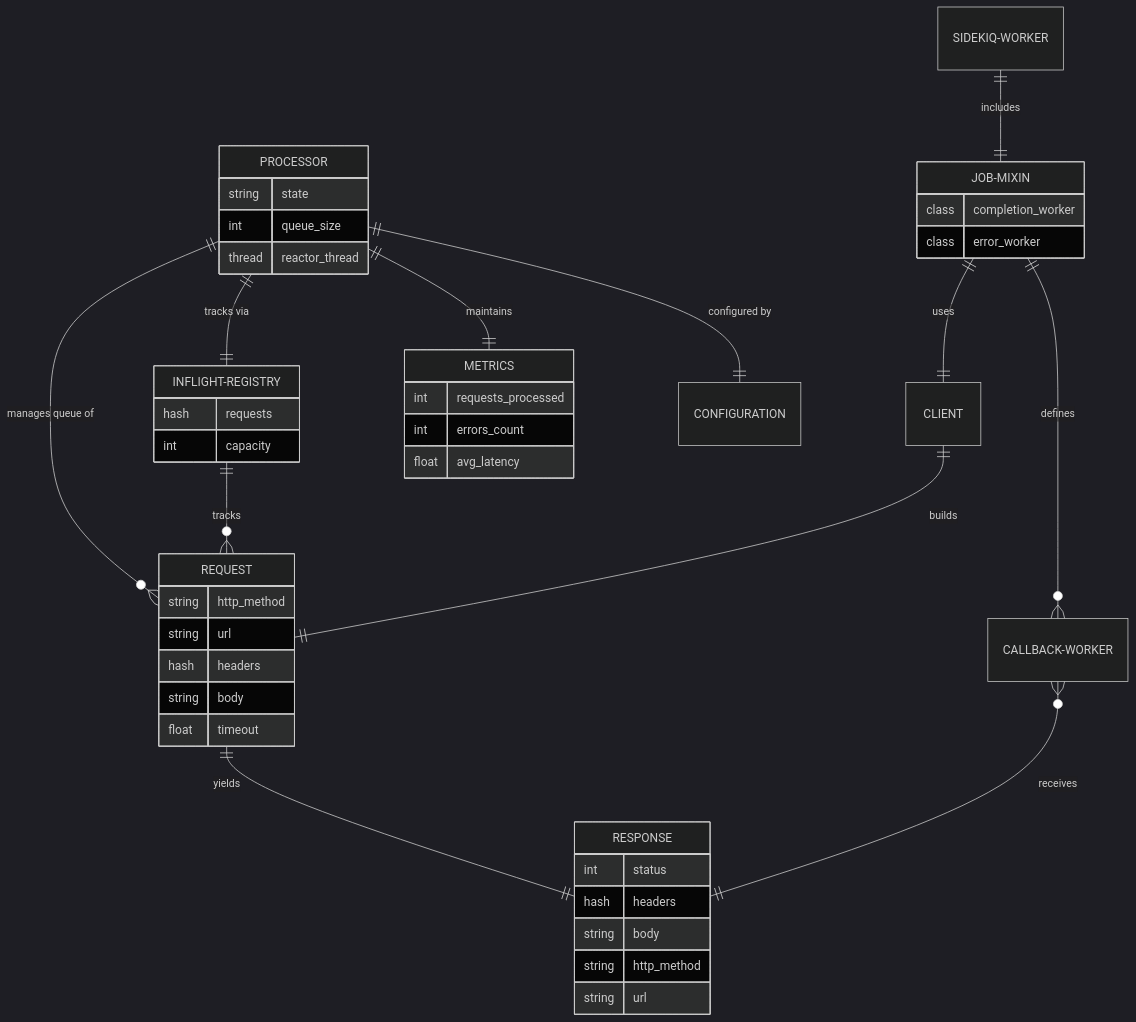
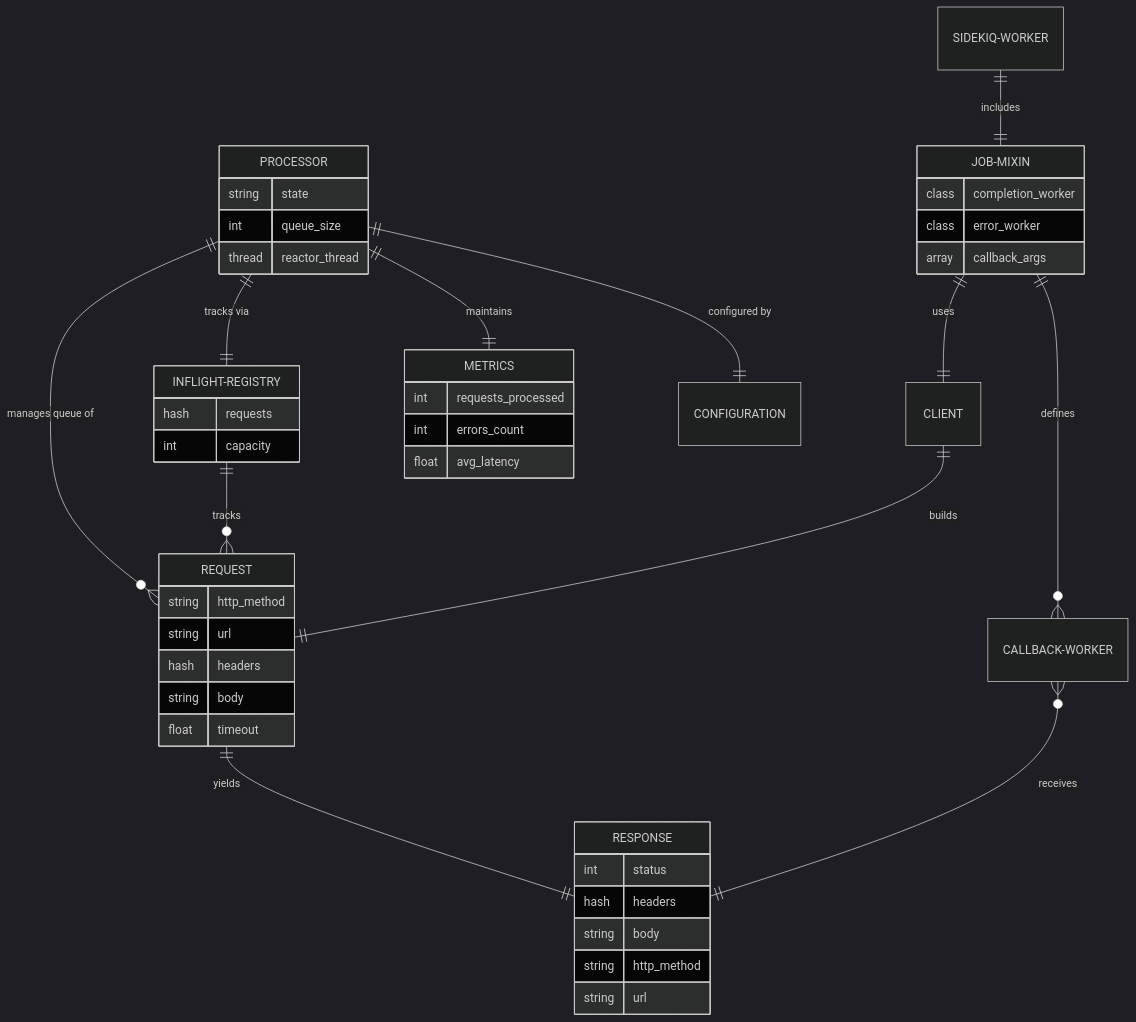
One commit to bdurand/sidekiq-async_http changed the second of 2 diagrams in ARCHITECTURE.md. Above: the diagram before and after it, drawn with Mermaid (dark theme). The commit also changed 9 other files, not shown here.

````diff
--- a/ARCHITECTURE.md
+++ b/ARCHITECTURE.md
@@ -75,56 +75,57 @@
 ```mermaid
 erDiagram
     PROCESSOR ||--o{ REQUEST : "manages queue of"
     PROCESSOR ||--|| INFLIGHT-REGISTRY : "tracks via"
     PROCESSOR ||--|| METRICS : "maintains"
     PROCESSOR ||--|| CONFIGURATION : "configured by"
 
     JOB-MIXIN ||--|| CLIENT : "uses"
     JOB-MIXIN ||--o{ CALLBACK-WORKER : "defines"
 
     CLIENT ||--|| REQUEST : "builds"
     REQUEST ||--|| RESPONSE : "yields"
 
     INFLIGHT-REGISTRY ||--o{ REQUEST : "tracks"
     CALLBACK-WORKER }o--|| RESPONSE : "receives"
 
     SIDEKIQ-WORKER ||--|| JOB-MIXIN : "includes"
 
     PROCESSOR {
         string state
         int queue_size
         thread reactor_thread
     }
 
     REQUEST {
         string http_method
         string url
         hash headers
         string body
         float timeout
     }
 
     RESPONSE {
         int status
         hash headers
         string body
         string http_method
         string url
     }
 
     JOB-MIXIN {
         class completion_worker
         class error_worker
+        array callback_args
     }
 
     INFLIGHT-REGISTRY {
         hash requests
         int capacity
     }
 
     METRICS {
         int requests_processed
         int errors_count
         float avg_latency
     }
 ```
````
